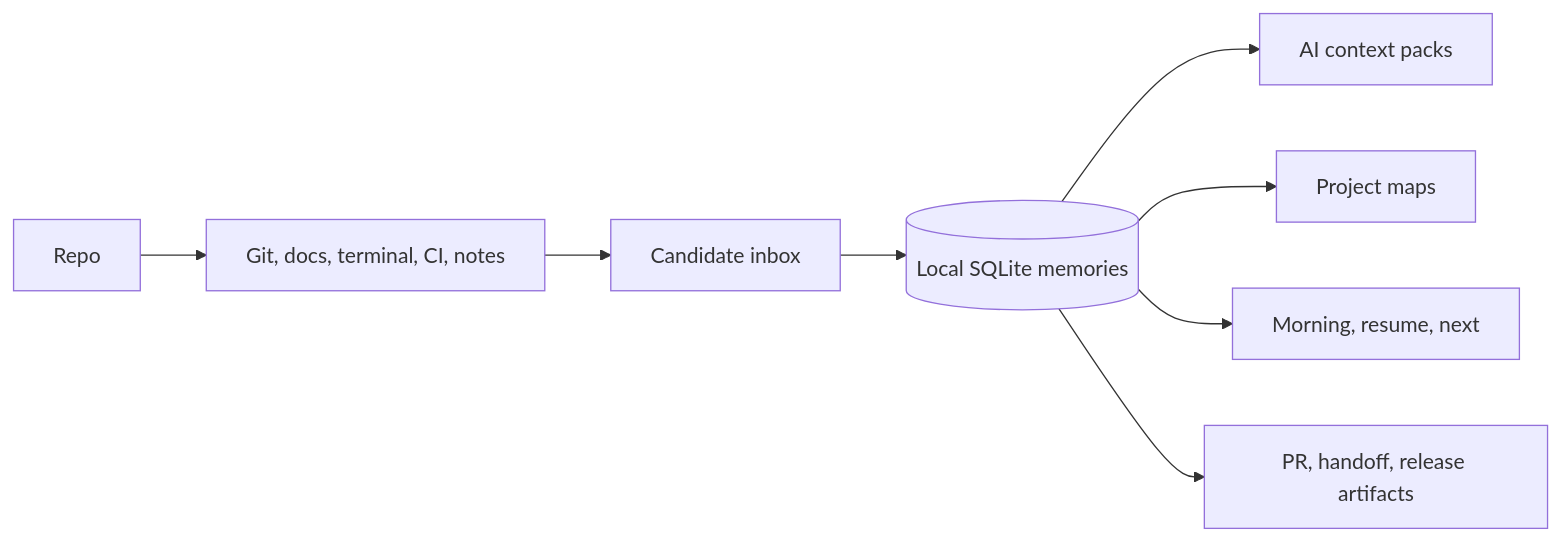
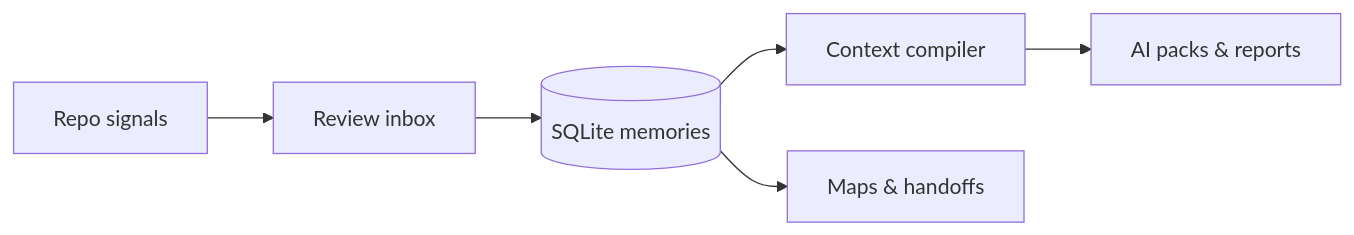
One commit to KirtiRamchandani/memory.cpp changed the diagram in README.md. Above: the diagram before and after it, drawn with Mermaid. The commit also changed other lines of this file, not shown here.

````diff
--- a/README.md
+++ b/README.md
@@ -348,10 +95,8 @@
 ```mermaid
 flowchart LR
-  Repo[Repo] --> Signals[Git, docs, terminal, CI, notes]
-  Signals --> Inbox[Candidate inbox]
-  Inbox --> Memories[(Local SQLite memories)]
-  Memories --> Context[AI context packs]
-  Memories --> Maps[Project maps]
-  Memories --> Daily[Morning, resume, next]
-  Memories --> Share[PR, handoff, release artifacts]
+  Repo[Repo signals] --> Inbox[Review inbox]
+  Inbox --> Vault[(SQLite memories)]
+  Vault --> Compiler[Context compiler]
+  Compiler --> Packs[AI packs & reports]
+  Vault --> Maps[Maps & handoffs]
 ```
````
